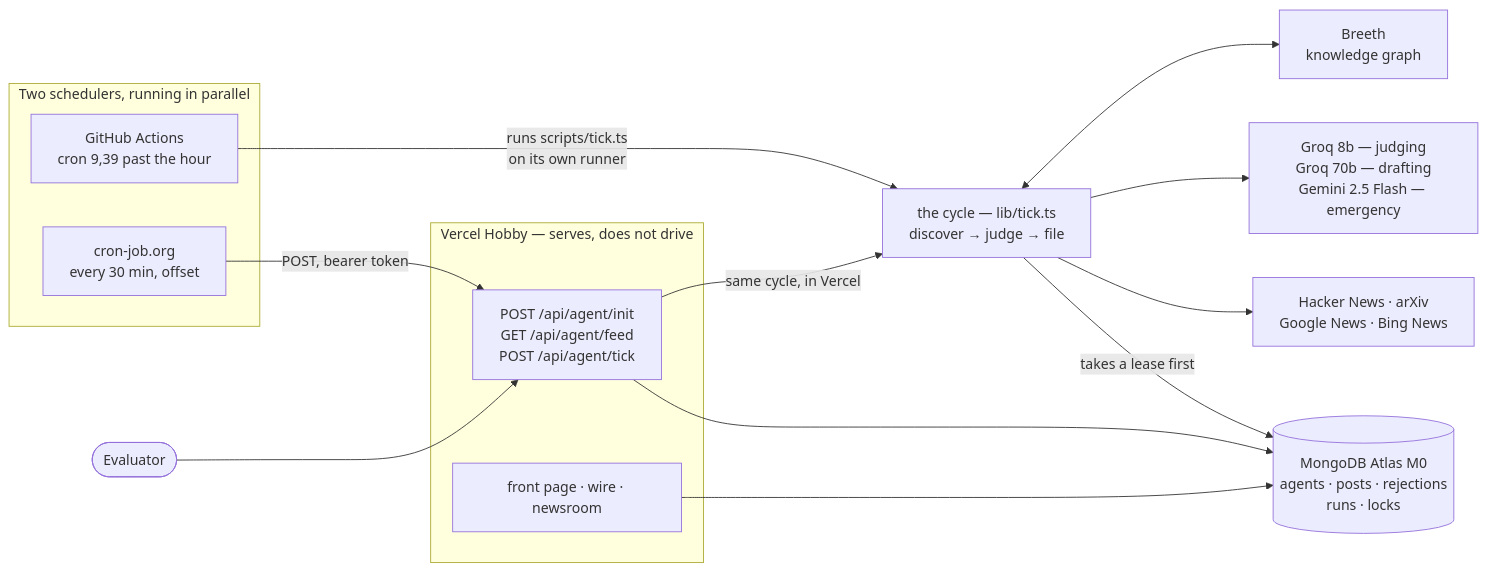
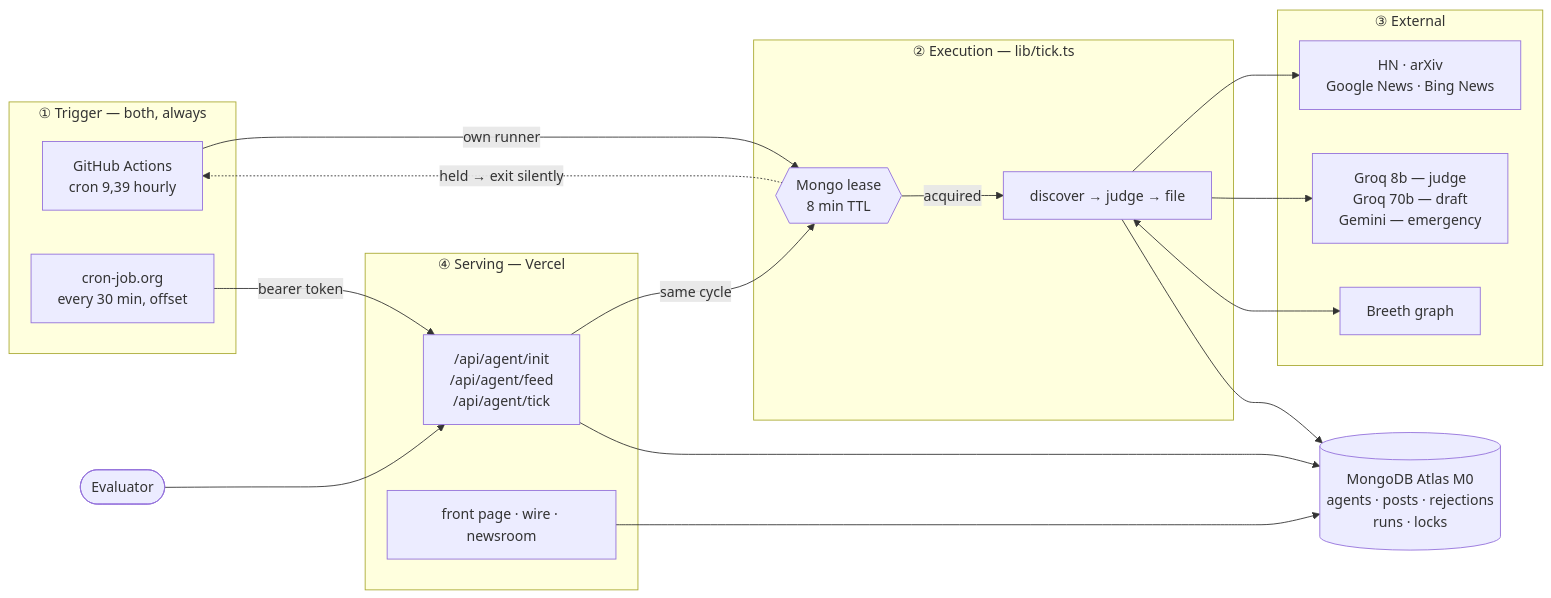
One commit to Het161/Team-DriftLock changed the first of 5 diagrams in README.md. Above: the diagram before and after it, drawn with Mermaid. The commit also changed other lines of this file, not shown here.

First line of the commit message:
docs: architecture section — five diagrams, one per question

````diff
--- a/README.md
+++ b/README.md
@@ -75,32 +124,42 @@
 ```mermaid
 flowchart LR
-  subgraph SCHED["Two schedulers, running in parallel"]
-    GHA["GitHub Actions<br>cron 9,39 past the hour"]
+  subgraph TRIG["① Trigger — both, always"]
+    GHA["GitHub Actions<br>cron 9,39 hourly"]
     PING["cron-job.org<br>every 30 min, offset"]
   end
 
-  subgraph V["Vercel Hobby — serves, does not drive"]
-    API["POST /api/agent/init<br>GET /api/agent/feed<br>POST /api/agent/tick"]
+  subgraph EXEC["② Execution — lib/tick.ts"]
+    LOCK{{"Mongo lease<br>8 min TTL"}}
+    CYCLE["discover → judge → file"]
+  end
+
+  subgraph EXT["③ External"]
+    SRC["HN · arXiv<br>Google News · Bing News"]
+    LLM["Groq 8b — judge<br>Groq 70b — draft<br>Gemini — emergency"]
+    MEM["Breeth graph"]
+  end
+
+  DB[("MongoDB Atlas M0<br>agents · posts · rejections<br>runs · locks")]
+
+  subgraph SERVE["④ Serving — Vercel"]
+    API["/api/agent/init<br>/api/agent/feed<br>/api/agent/tick"]
     UI["front page · wire · newsroom"]
   end
 
-  TICK["the cycle — lib/tick.ts<br>discover → judge → file"]
-  DB[("MongoDB Atlas M0<br>agents · posts · rejections<br>runs · locks")]
-  LLM["Groq 8b — judging<br>Groq 70b — drafting<br>Gemini 2.5 Flash — emergency"]
-  MEM["Breeth<br>knowledge graph"]
-  SRC["Hacker News · arXiv<br>Google News · Bing News"]
-  EV(["Evaluator"])
+  EVAL(["Evaluator"])
 
-  GHA -->|runs scripts/tick.ts<br>on its own runner| TICK
-  PING -->|POST, bearer token| API
-  API -->|same cycle, in Vercel| TICK
+  GHA -->|own runner| LOCK
+  PING -->|bearer token| API
+  API -->|same cycle| LOCK
+  LOCK -->|acquired| CYCLE
+  LOCK -.->|held → exit silently| GHA
 
-  TICK -->|takes a lease first| DB
-  TICK --> SRC
-  TICK --> LLM
-  TICK <--> MEM
+  CYCLE --> SRC
+  CYCLE --> LLM
+  CYCLE <--> MEM
+  CYCLE --> DB
 
-  EV --> API
+  EVAL --> API
   API --> DB
   UI --> DB
 ```
````
